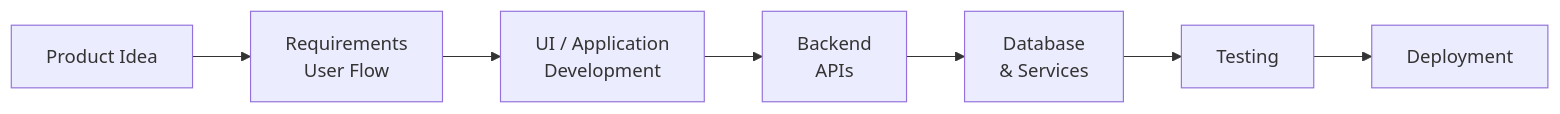
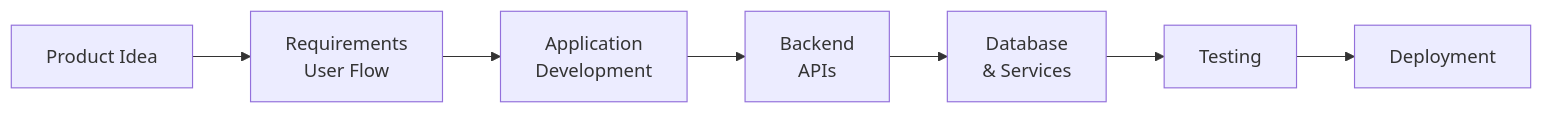
The second of 2 diagrams in README.md (waqas-gul/waqas-gul), drawn with Mermaid before and after one commit. The commit also changed other lines of this file, not shown here.

````diff
--- a/README.md
+++ b/README.md
@@ -394,18 +404,18 @@
 ```mermaid
 flowchart LR
 
     IDEA["Product Idea"]
     PLAN["Requirements<br/>User Flow"]
-    UI["UI / Application<br/>Development"]
+    APP["Application<br/>Development"]
     API["Backend<br/>APIs"]
     DATA["Database<br/>& Services"]
     TEST["Testing"]
     DEPLOY["Deployment"]
 
     IDEA --> PLAN
-    PLAN --> UI
-    UI --> API
+    PLAN --> APP
+    APP --> API
     API --> DATA
     DATA --> TEST
     TEST --> DEPLOY
 ```
````
